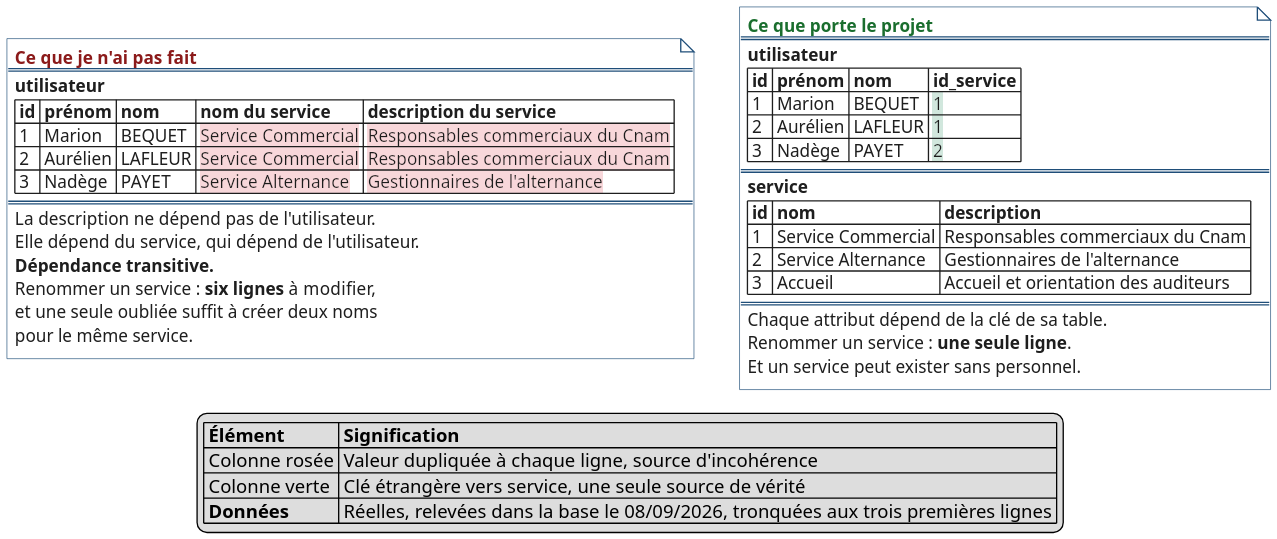
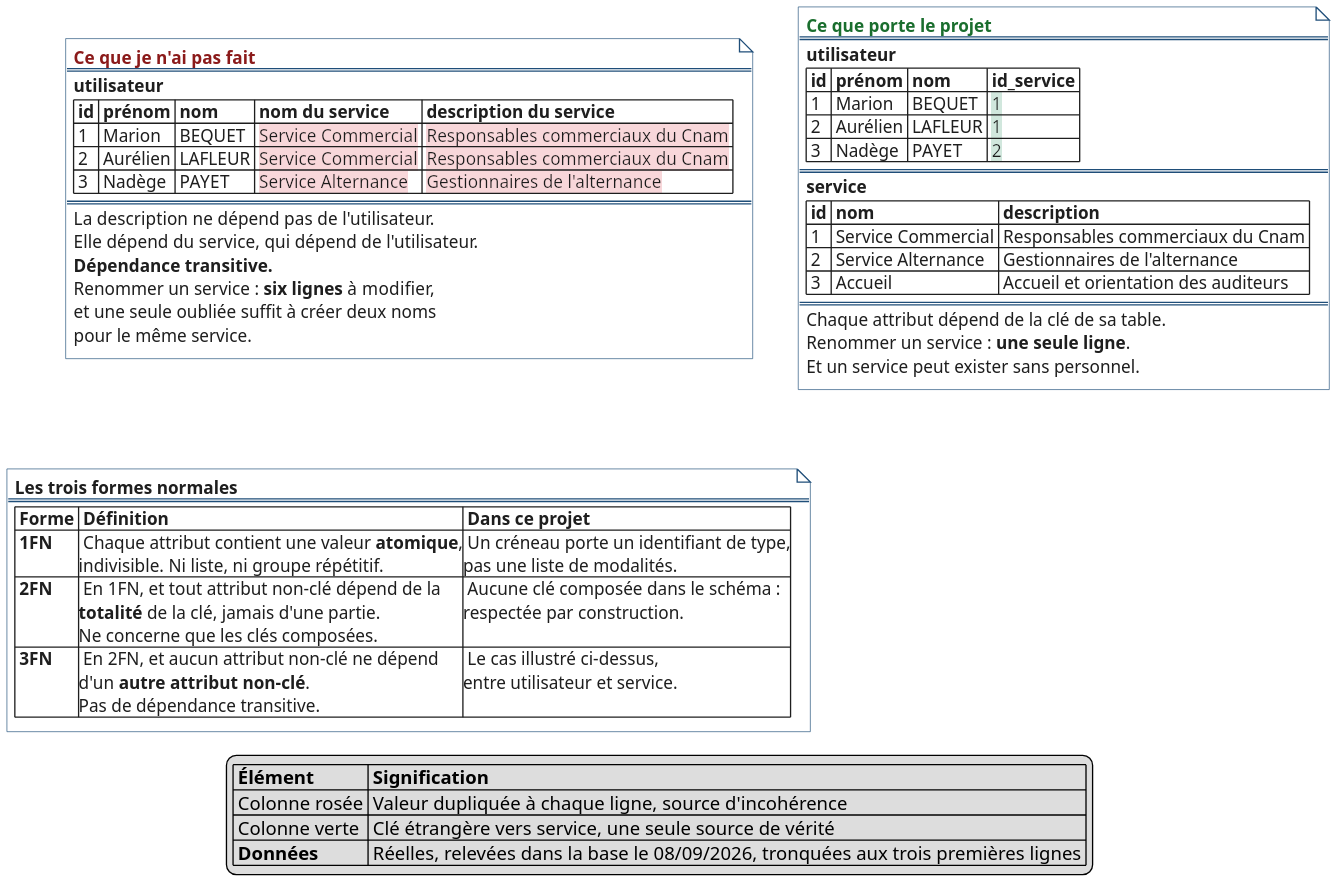
Before and after one commit to sgahovey/creaslot: the diagram in docs/preparation/troisieme-forme-normale.puml, drawn with PlantUML. The commit also changed 2 other files, not shown here.

Commit message:
docs(preparation): ajoute la definition des trois formes normales a la figure
La figure ne montrait que la comparaison des deux modelisations de la
troisieme forme. Elle porte desormais, en dessous, un tableau donnant la
definition de chaque forme et ce qu'elle donne dans ce projet : valeur
atomique pour la premiere, dependance a la cle entiere pour la deuxieme
avec la mention qu'aucune cle composee n'existe ici, absence de dependance
transitive pour la troisieme.

Les libelles sont coupes manuellement pour contenir la largeur : sans cela
le bloc de definitions poussait la comparaison vers la droite et laissait
un tiers de l'image vide.

```diff
--- a/docs/preparation/troisieme-forme-normale.puml
+++ b/docs/preparation/troisieme-forme-normale.puml
@@ -24,57 +24,68 @@
 @startuml troisieme-forme-normale
 skinparam dpi 192
 skinparam shadowing false
 skinparam defaultFontName Helvetica
 skinparam defaultFontSize 13
 skinparam note {
   BorderColor #1F4E79
   BackgroundColor #FFFFFF
   FontColor #1E1E1E
 }
 
 note as FAUTIF
   <b><color:#8B1A1A>Ce que je n'ai pas fait</color></b>
   ====
   <b>utilisateur</b>
   |= id |= prénom |= nom |= nom du service |= description du service |
   | 1 | Marion | BEQUET |<back:#F8D7DA> Service Commercial |<back:#F8D7DA> Responsables commerciaux du Cnam |
   | 2 | Aurélien | LAFLEUR |<back:#F8D7DA> Service Commercial |<back:#F8D7DA> Responsables commerciaux du Cnam |
   | 3 | Nadège | PAYET |<back:#F8D7DA> Service Alternance |<back:#F8D7DA> Gestionnaires de l'alternance |
   ====
   La description ne dépend pas de l'utilisateur.
   Elle dépend du service, qui dépend de l'utilisateur.
   <b>Dépendance transitive.</b>
   Renommer un service : <b>six lignes</b> à modifier,
   et une seule oubliée suffit à créer deux noms
   pour le même service.
 end note
 
 note as CONFORME
   <b><color:#1A6E2E>Ce que porte le projet</color></b>
   ====
   <b>utilisateur</b>
   |= id |= prénom |= nom |= <color:#1E1E1E>id_service</color> |
   | 1 | Marion | BEQUET |<back:#D1E7DD> 1 |
   | 2 | Aurélien | LAFLEUR |<back:#D1E7DD> 1 |
   | 3 | Nadège | PAYET |<back:#D1E7DD> 2 |
   ====
   <b>service</b>
   |= id |= nom |= description |
   | 1 | Service Commercial | Responsables commerciaux du Cnam |
   | 2 | Service Alternance | Gestionnaires de l'alternance |
   | 3 | Accueil | Accueil et orientation des auditeurs |
   ====
   Chaque attribut dépend de la clé de sa table.
   Renommer un service : <b>une seule ligne</b>.
   Et un service peut exister sans personnel.
 end note
 
 FAUTIF -[hidden]right-> CONFORME
 
+note as DEFINITIONS
+  <b>Les trois formes normales</b>
+  ====
+  |= Forme |= Définition |= Dans ce projet |
+  | <b>1FN</b> | Chaque attribut contient une valeur <b>atomique</b>,\nindivisible. Ni liste, ni groupe répétitif. | Un créneau porte un identifiant de type,\npas une liste de modalités. |
+  | <b>2FN</b> | En 1FN, et tout attribut non-clé dépend de la\n<b>totalité</b> de la clé, jamais d'une partie.\nNe concerne que les clés composées. | Aucune clé composée dans le schéma :\nrespectée par construction. |
+  | <b>3FN</b> | En 2FN, et aucun attribut non-clé ne dépend\nd'un <b>autre attribut non-clé</b>.\nPas de dépendance transitive. | Le cas illustré ci-dessus,\nentre utilisateur et service. |
+end note
+
+FAUTIF -[hidden]down-> DEFINITIONS
+
 legend bottom
   |= Élément |= Signification |
   | Colonne rosée | Valeur dupliquée à chaque ligne, source d'incohérence |
   | Colonne verte | Clé étrangère vers service, une seule source de vérité |
   | <b>Données</b> | Réelles, relevées dans la base le 08/09/2026, tronquées aux trois premières lignes |
 endlegend
 @enduml
```
